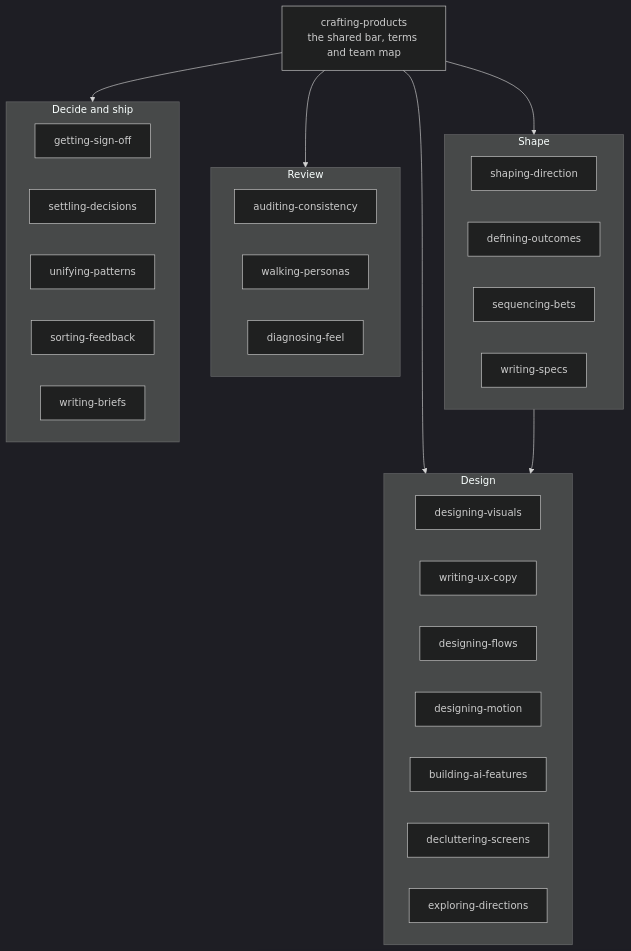
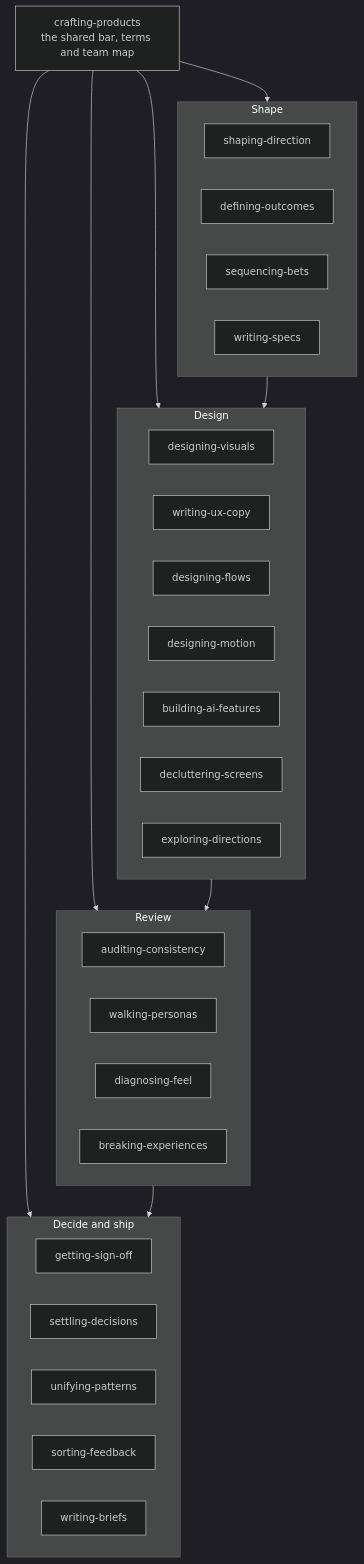
The diagram in README.md (bymw/mstack), drawn with Mermaid (dark theme) before and after one commit. The commit also changed other lines of this file and 50 other files, not shown here.

First line of the commit message:
Final review: breaking-experiences, host fallbacks, clean boundaries

````diff
--- a/README.md
+++ b/README.md
@@ -33,41 +33,44 @@
 ```mermaid
 flowchart TB
-    PC["crafting-products<br/>the shared bar, terms and team map"]
+    CP["crafting-products<br/>the shared bar, terms and team map"]
 
     subgraph SHAPE [Shape]
         SD[shaping-direction]
         DO[defining-outcomes]
         SB[sequencing-bets]
-        PD[writing-specs]
+        WS[writing-specs]
     end
 
     subgraph DES [Design]
         VD[designing-visuals]
         UX[writing-ux-copy]
         FD[designing-flows]
         MS[designing-motion]
         AI[building-ai-features]
         DC[decluttering-screens]
-        CD[exploring-directions]
+        ED[exploring-directions]
     end
 
     subgraph REV [Review]
-        CS[auditing-consistency]
-        PW[walking-personas]
-        FC[diagnosing-feel]
+        AC[auditing-consistency]
+        WP[walking-personas]
+        DF[diagnosing-feel]
+        BE[breaking-experiences]
     end
 
     subgraph SHIP [Decide and ship]
-        BA[getting-sign-off]
-        DE[settling-decisions]
-        UN[unifying-patterns]
-        SA[sorting-feedback]
-        PB[writing-briefs]
+        GS[getting-sign-off]
+        SE[settling-decisions]
+        UP[unifying-patterns]
+        SF[sorting-feedback]
+        WB[writing-briefs]
     end
 
-    PC --> SHAPE
-    PC --> DES
-    PC --> REV
-    PC --> SHIP
+    CP --> SHAPE
+    CP --> DES
+    CP --> REV
+    CP --> SHIP
     SHAPE --> DES
+    DES --> REV
+    REV --> SHIP
 ```
````
